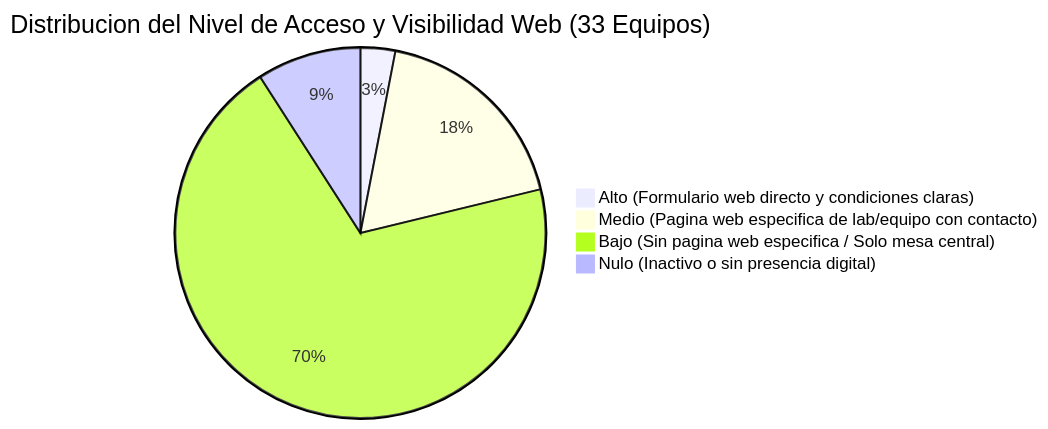
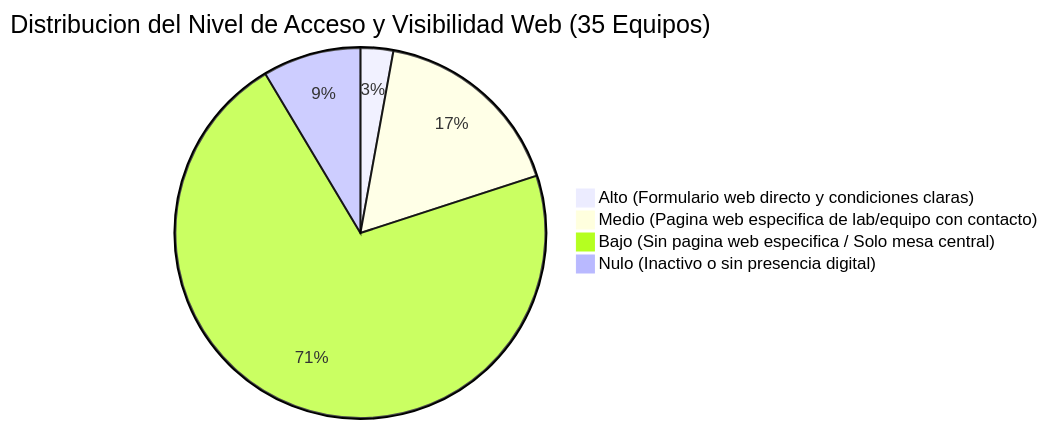
The diagram in acceso_informacion_equipos.md (VAVARO/dashboard_catastro_nca), drawn with Mermaid before and after one commit. The commit also changed other lines of this file and 4 other files, not shown here.

````diff
--- a/acceso_informacion_equipos.md
+++ b/acceso_informacion_equipos.md
@@ -16,7 +16,7 @@
 ```mermaid
-pie title Distribucion del Nivel de Acceso y Visibilidad Web (33 Equipos)
+pie title Distribucion del Nivel de Acceso y Visibilidad Web (35 Equipos)
     "Alto (Formulario web directo y condiciones claras)" : 1
     "Medio (Pagina web especifica de lab/equipo con contacto)" : 6
-    "Bajo (Sin pagina web especifica / Solo mesa central)" : 23
+    "Bajo (Sin pagina web especifica / Solo mesa central)" : 25
     "Nulo (Inactivo o sin presencia digital)" : 3
 ```
````
